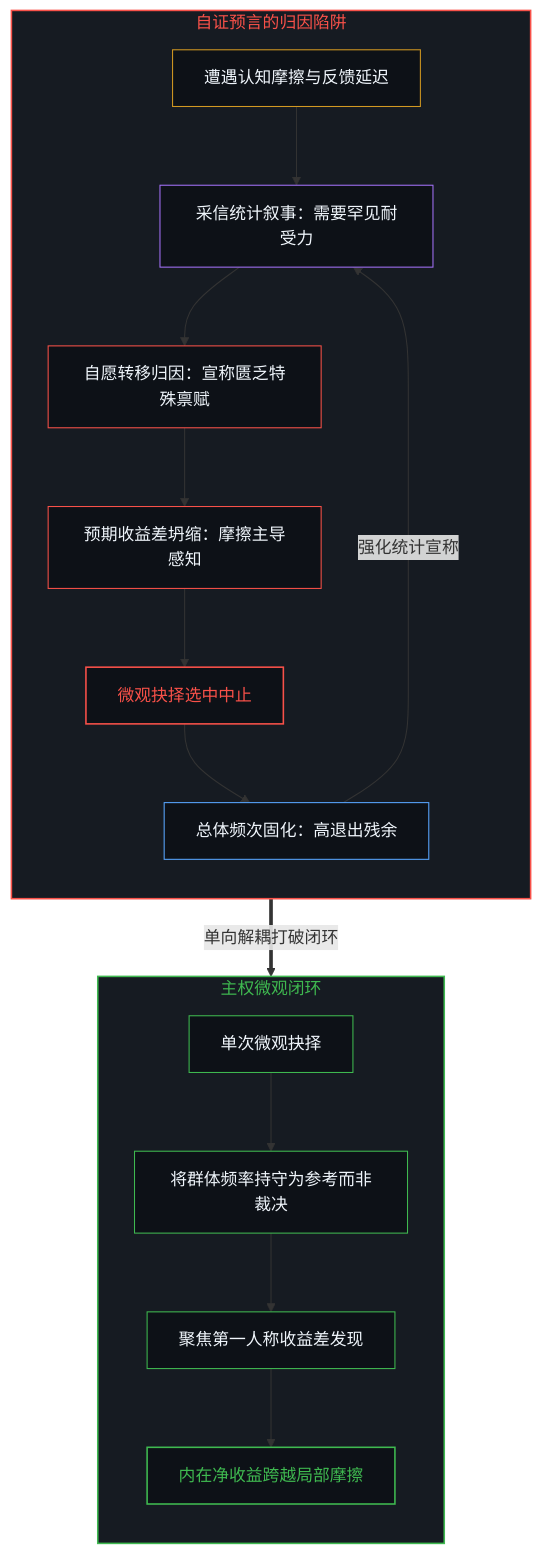
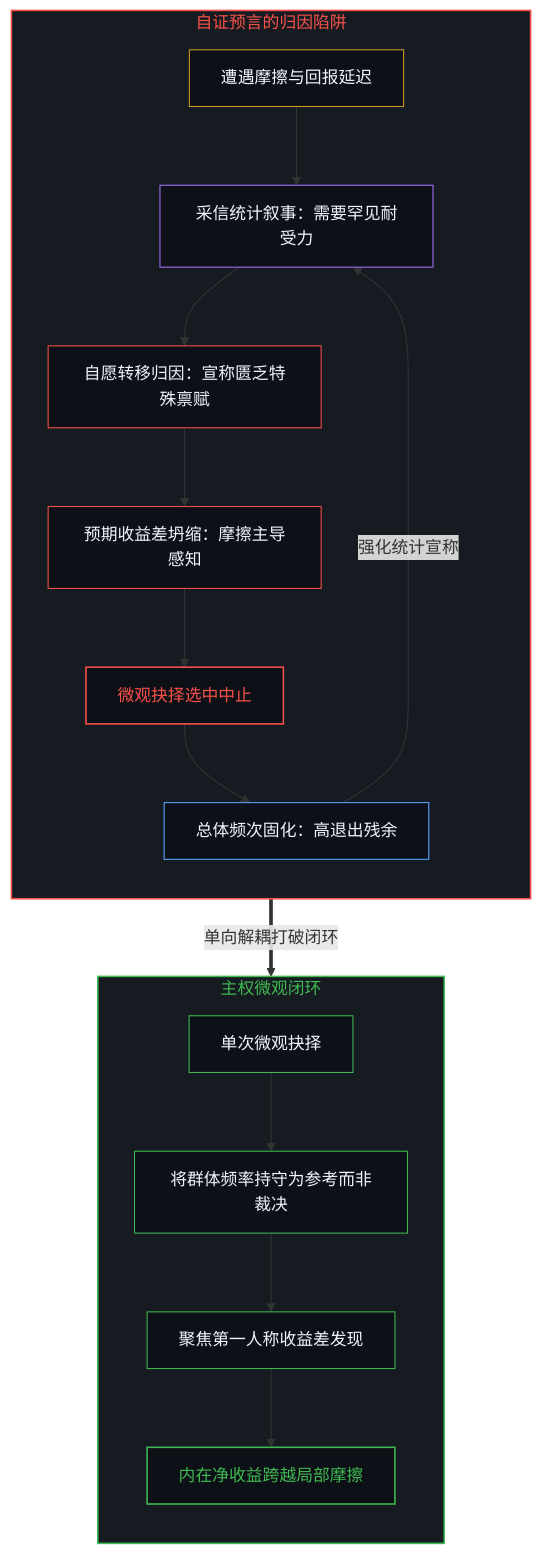
Before and after one commit to powerpig99/not-a-toe: the third of 4 diagrams in content/posts/the-causal-overstep-of-observation-and-the-first-person-surplus.md, drawn with Mermaid. The commit also changed other lines of this file and 5 other files, not shown here.

````diff
--- a/content/posts/the-causal-overstep-of-observation-and-the-first-person-surplus.md
+++ b/content/posts/the-causal-overstep-of-observation-and-the-first-person-surplus.md
@@ -87,31 +87,31 @@
 ```mermaid
 graph TD
     subgraph S_Trap ["自证预言的归因陷阱"]
         direction TB
         style S_Trap fill:#161b22,stroke:#f85149,stroke-width:1.5px,color:#f85149
-        T1["遭遇认知摩擦与反馈延迟"] --> T2["采信统计叙事：需要罕见耐受力"]
+        T1["遭遇摩擦与回报延迟"] --> T2["采信统计叙事：需要罕见耐受力"]
         T2 --> T3["自愿转移归因：宣称匮乏特殊禀赋"]
         T3 --> T4["预期收益差坍缩：摩擦主导感知"]
         T4 --> T5["微观抉择选中中止"]
         T5 --> T6["总体频次固化：高退出残余"]
         T6 -->|"强化统计宣称"| T2
         style T1 fill:#0d1117,stroke:#d29922,stroke-width:1px,color:#f0f6fc
         style T2 fill:#0d1117,stroke:#a371f7,stroke-width:1px,color:#f0f6fc
         style T3 fill:#0d1117,stroke:#f85149,stroke-width:1px,color:#f0f6fc
         style T4 fill:#0d1117,stroke:#f85149,stroke-width:1px,color:#f0f6fc
         style T5 fill:#0d1117,stroke:#f85149,stroke-width:1.5px,color:#f85149
         style T6 fill:#0d1117,stroke:#58a6ff,stroke-width:1px,color:#f0f6fc
     end
     T6 ==>|"单向解耦打破闭环"| C1
     subgraph S_Sovereign ["主权微观闭环"]
         direction TB
         style S_Sovereign fill:#161b22,stroke:#3fb950,stroke-width:1.5px,color:#3fb950
         C1["单次微观抉择"] --> C2["将群体频率持守为参考而非裁决"]
         C2 --> C3["聚焦第一人称收益差发现"]
         C3 --> C4["内在净收益跨越局部摩擦"]
         style C1 fill:#0d1117,stroke:#3fb950,stroke-width:1px,color:#f0f6fc
         style C2 fill:#0d1117,stroke:#3fb950,stroke-width:1px,color:#f0f6fc
         style C3 fill:#0d1117,stroke:#3fb950,stroke-width:1px,color:#f0f6fc
         style C4 fill:#0d1117,stroke:#3fb950,stroke-width:1.5px,color:#3fb950
     end
 ```
````
